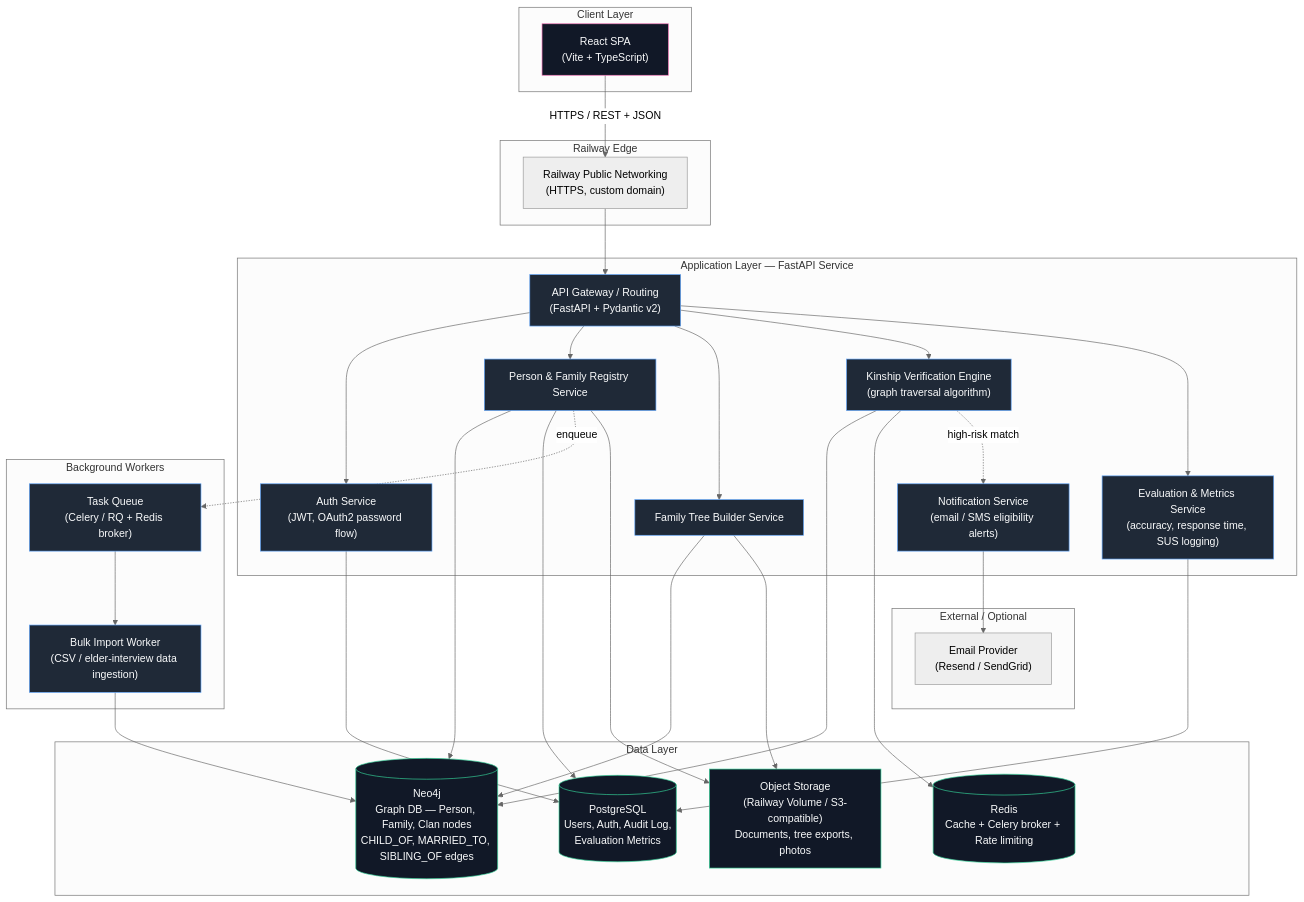
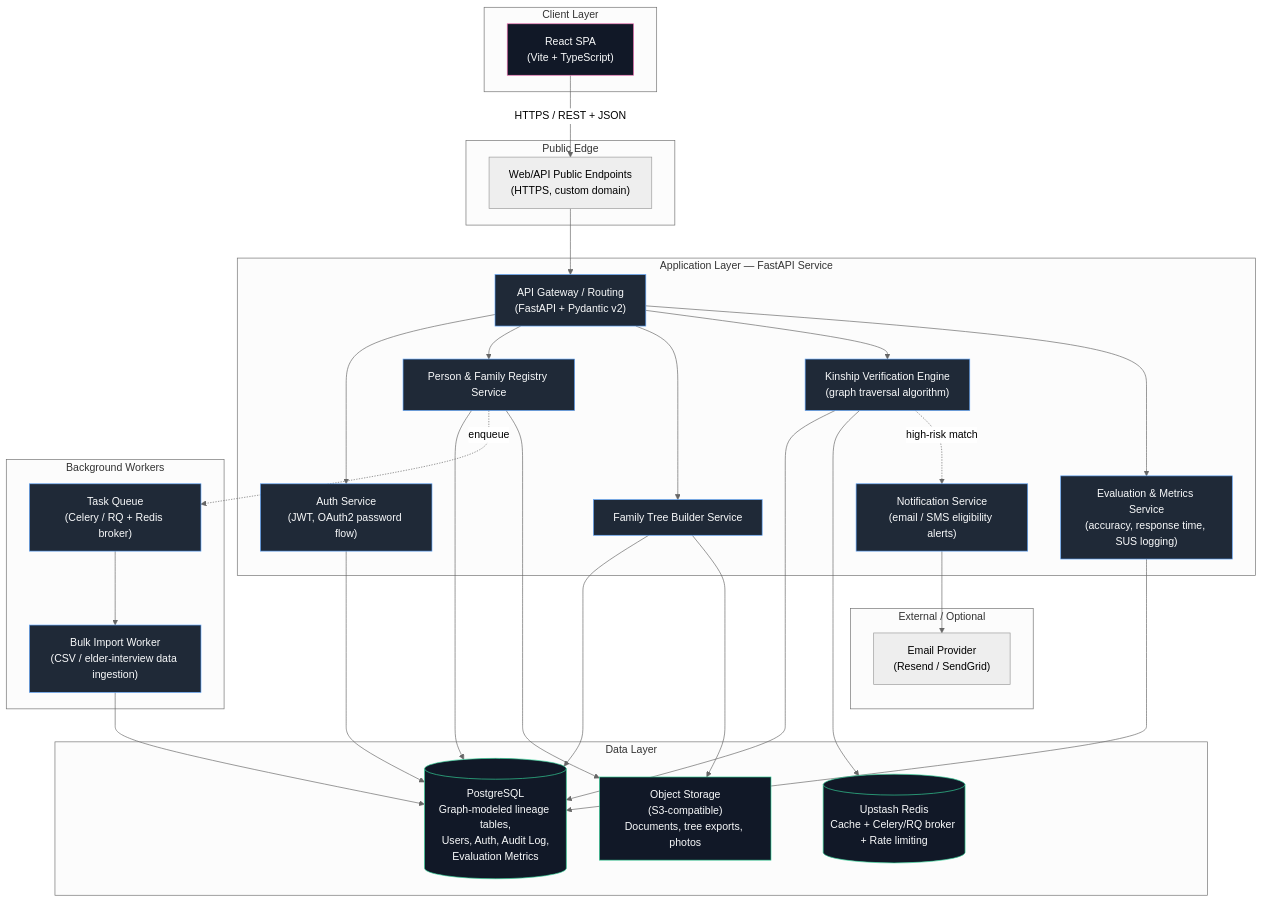
Before and after one commit to thetruesammyjay/kinship: the first of 2 diagrams in README.md, drawn with Mermaid (neutral theme). The commit also changed other lines of this file and 109 other files, not shown here.

````diff
--- a/README.md
+++ b/README.md
@@ -39,66 +43,64 @@
 ```mermaid
 flowchart TB
     subgraph Client["Client Layer"]
         WEB["React SPA<br/>(Vite + TypeScript)"]
     end
 
-    subgraph Edge["Railway Edge"]
-        LB["Railway Public Networking<br/>(HTTPS, custom domain)"]
+    subgraph Edge["Public Edge"]
+        LB["Web/API Public Endpoints<br/>(HTTPS, custom domain)"]
     end
 
     subgraph API["Application Layer — FastAPI Service"]
         GATEWAY["API Gateway / Routing<br/>(FastAPI + Pydantic v2)"]
         AUTH["Auth Service<br/>(JWT, OAuth2 password flow)"]
         PERSON["Person & Family Registry Service"]
         TREE["Family Tree Builder Service"]
         KINSHIP["Kinship Verification Engine<br/>(graph traversal algorithm)"]
         NOTIFY["Notification Service<br/>(email / SMS eligibility alerts)"]
         EVAL["Evaluation & Metrics Service<br/>(accuracy, response time, SUS logging)"]
     end
 
     subgraph Workers["Background Workers"]
         QUEUE["Task Queue<br/>(Celery / RQ + Redis broker)"]
         BULK["Bulk Import Worker<br/>(CSV / elder-interview data ingestion)"]
     end
 
     subgraph Data["Data Layer"]
-        NEO[("Neo4j<br/>Graph DB — Person, Family, Clan nodes<br/>CHILD_OF, MARRIED_TO, SIBLING_OF edges")]
-        PG[("PostgreSQL<br/>Users, Auth, Audit Log,<br/>Evaluation Metrics")]
-        REDIS[("Redis<br/>Cache + Celery broker + Rate limiting")]
-        BLOB["Object Storage<br/>(Railway Volume / S3-compatible)<br/>Documents, tree exports, photos"]
+        PG[("PostgreSQL<br/>Graph-modeled lineage tables,<br/>Users, Auth, Audit Log,<br/>Evaluation Metrics")]
+        REDIS[("Upstash Redis<br/>Cache + Celery/RQ broker + Rate limiting")]
+        BLOB["Object Storage<br/>(S3-compatible)<br/>Documents, tree exports, photos"]
     end
 
     subgraph External["External / Optional"]
         SMTP["Email Provider<br/>(Resend / SendGrid)"]
     end
 
     WEB -->|HTTPS / REST + JSON| LB --> GATEWAY
     GATEWAY --> AUTH
     GATEWAY --> PERSON
     GATEWAY --> TREE
     GATEWAY --> KINSHIP
     GATEWAY --> EVAL
 
     AUTH --> PG
-    PERSON --> NEO
     PERSON --> PG
-    TREE --> NEO
-    KINSHIP --> NEO
+    TREE --> PG
+    KINSHIP --> PG
     KINSHIP --> REDIS
     EVAL --> PG
 
     PERSON -.enqueue.-> QUEUE
-    QUEUE --> BULK --> NEO
+    QUEUE --> BULK --> PG
     NOTIFY --> SMTP
     KINSHIP -.high-risk match.-> NOTIFY
 
     PERSON --> BLOB
     TREE --> BLOB
 
     classDef svc fill:#1f2937,stroke:#60a5fa,color:#f9fafb
     classDef data fill:#111827,stroke:#34d399,color:#f9fafb
     classDef client fill:#111827,stroke:#f472b6,color:#f9fafb
     class GATEWAY,AUTH,PERSON,TREE,KINSHIP,NOTIFY,EVAL,QUEUE,BULK svc
-    class NEO,PG,REDIS,BLOB data
+    class PG,REDIS,BLOB data
     class WEB client
 ```
````
